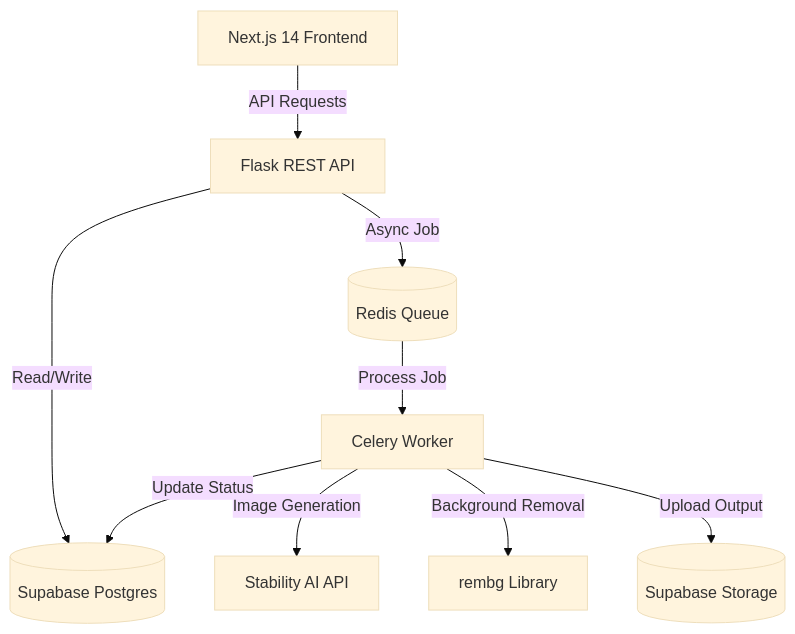
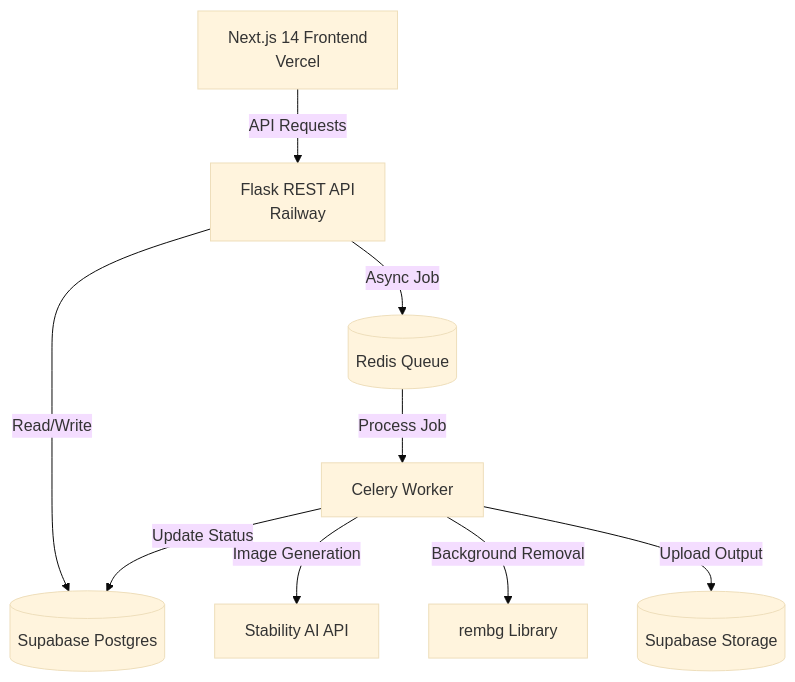
Before and after one commit to mrsandeep2/TaskHub: the diagram in README.md, drawn with Mermaid (base theme). The commit also changed other lines of this file, not shown here.

````diff
--- a/README.md
+++ b/README.md
@@ -13,11 +14,11 @@
 ```mermaid
 graph TD
-    Client[Next.js 14 Frontend] -->|API Requests| API[Flask REST API]
+    Client[Next.js 14 Frontend<br/>Vercel] -->|API Requests| API[Flask REST API<br/>Railway]
     API -->|Read/Write| DB[(Supabase Postgres)]
     API -->|Async Job| Redis[(Redis Queue)]
     Redis -->|Process Job| Worker[Celery Worker]
     Worker -->|Image Generation| Stability[Stability AI API]
     Worker -->|Background Removal| Rembg[rembg Library]
     Worker -->|Upload Output| Storage[(Supabase Storage)]
     Worker -->|Update Status| DB
 ```
````
